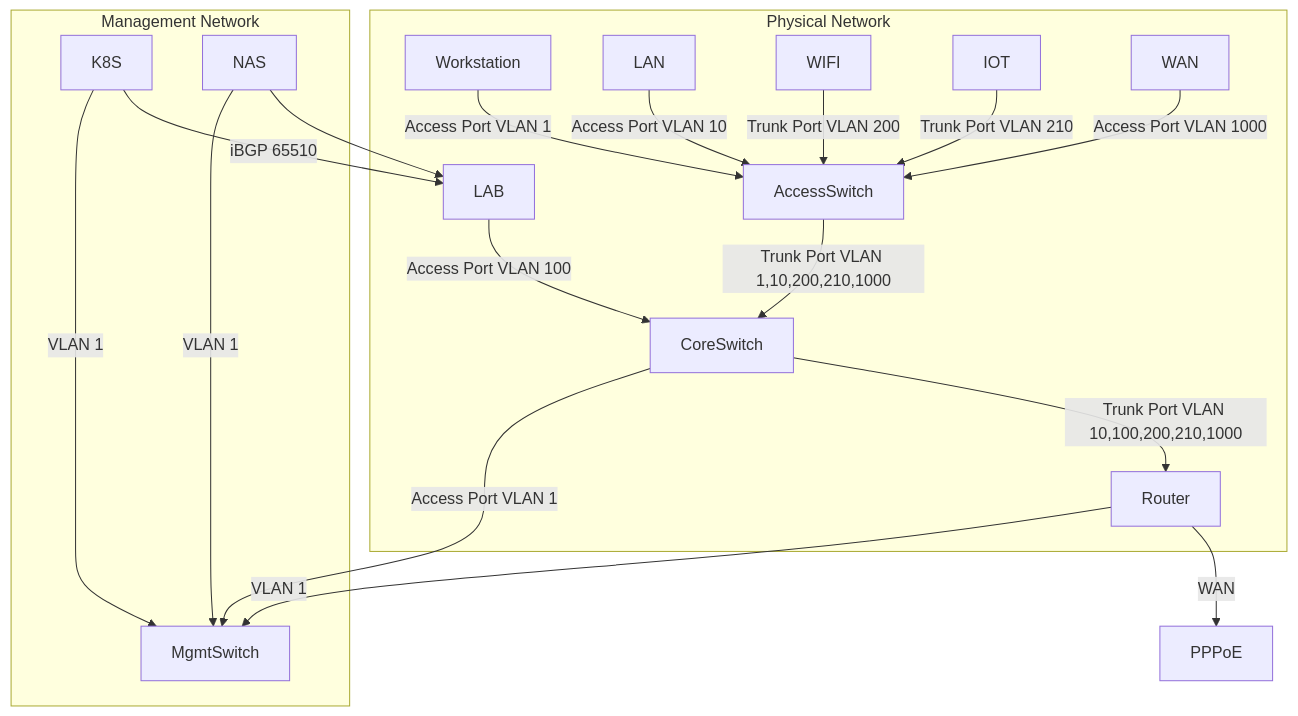
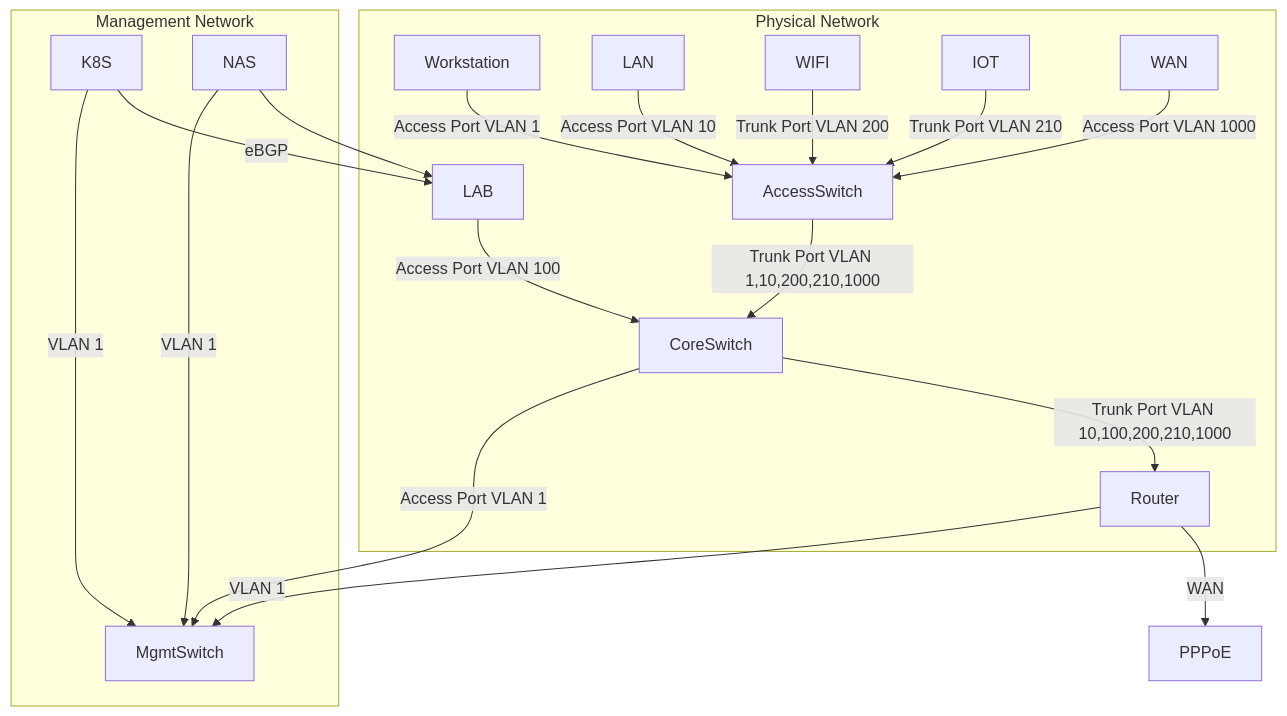
The diagram in infrastructure/switch/README.md (soulwhisper/homelab-ops), drawn with Mermaid before and after one commit. The commit also changed other lines of this file and 1 other file, not shown here.

Commit message:
patch(infra): update switch config

````diff
--- a/infrastructure/switch/README.md
+++ b/infrastructure/switch/README.md
@@ -3,22 +3,22 @@
 ```mermaid
 graph TD
   Router -->|WAN| PPPoE
-  K8S -->|iBGP 65510| LAB
+  K8S -->|eBGP| LAB
   NAS --> LAB
   subgraph Physical Network
 	Workstation -->|Access Port VLAN 1| AccessSwitch
 	LAN -->|Access Port VLAN 10| AccessSwitch
 	WIFI -->|Trunk Port VLAN 200| AccessSwitch
 	IOT -->|Trunk Port VLAN 210| AccessSwitch
     WAN -->|Access Port VLAN 1000| AccessSwitch
 	LAB -->|Access Port VLAN 100| CoreSwitch
 	AccessSwitch -->|Trunk Port VLAN 1,10,200,210,1000| CoreSwitch
 	CoreSwitch -->|Trunk Port VLAN 10,100,200,210,1000| Router
   end
   subgraph Management Network
 	CoreSwitch -->|Access Port VLAN 1| MgmtSwitch
 	Router -->|VLAN 1| MgmtSwitch
 	K8S -->|VLAN 1| MgmtSwitch
 	NAS -->|VLAN 1| MgmtSwitch
   end
 ```
````
